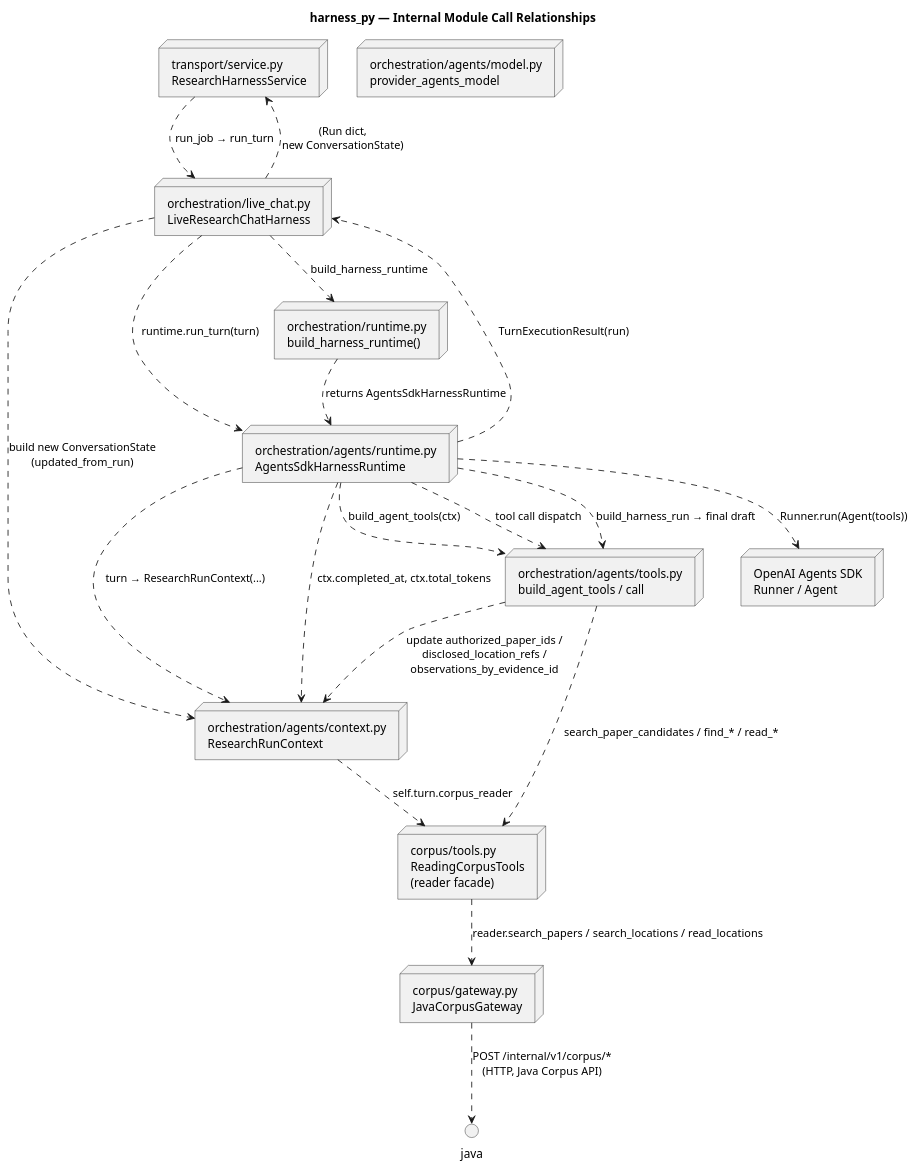
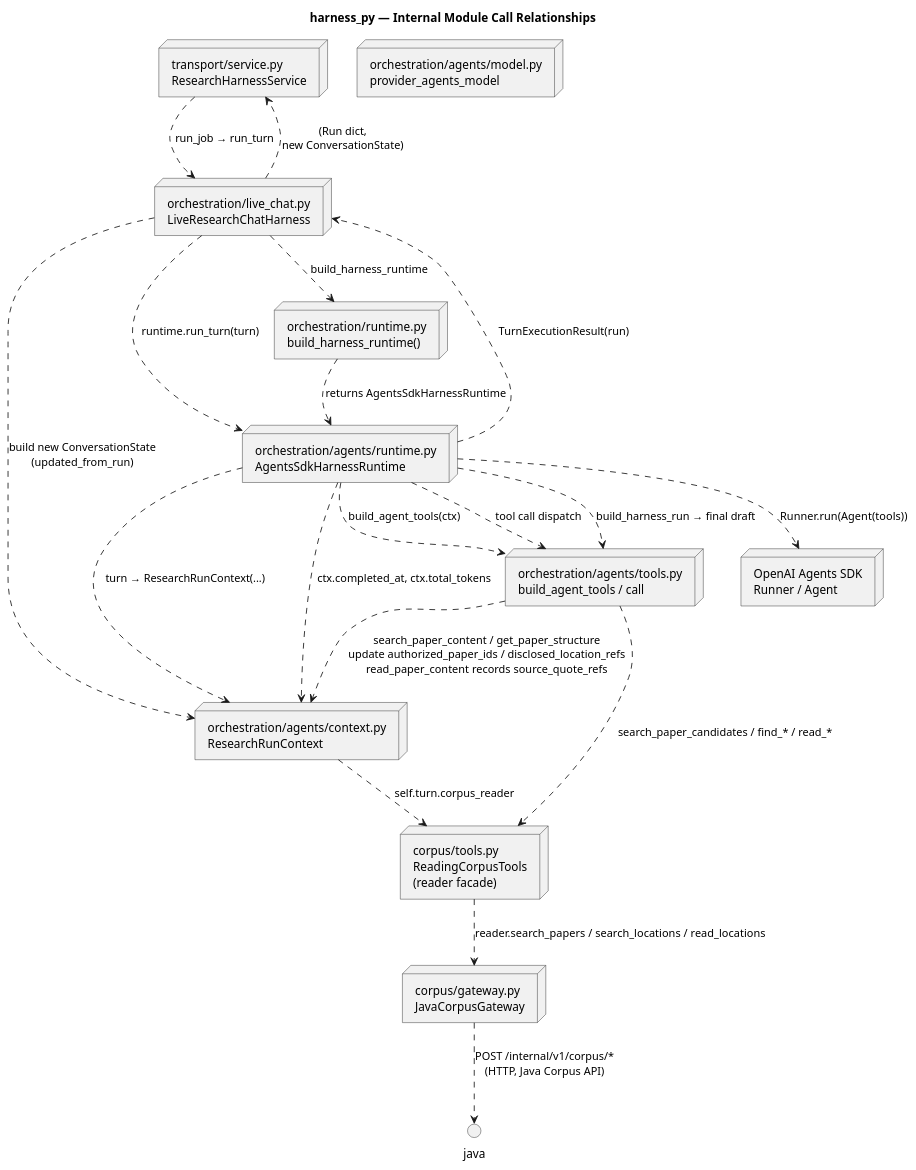
One commit to CHZarles/paperloom changed the diagram in harness_py/docs/harness-internal-relationships.puml. Above: the diagram before and after it, drawn with PlantUML. The commit also changed 57 other files, not shown here.

```diff
--- a/harness_py/docs/harness-internal-relationships.puml
+++ b/harness_py/docs/harness-internal-relationships.puml
@@ -1,38 +1,38 @@
 @startuml harness-internal-relationships
 
 title harness_py — Internal Module Call Relationships
 
 ' 每个方块是一个文件，箭头表示「调用方 -> 被调用方」的方法层调用。
 ' prod 一轮研究 = 实线。
 
 node "transport/service.py\nResearchHarnessService" as transport
 node "orchestration/live_chat.py\nLiveResearchChatHarness" as livechat
 node "orchestration/runtime.py\nbuild_harness_runtime()" as runtime
 node "orchestration/agents/runtime.py\nAgentsSdkHarnessRuntime" as agents_runtime
 node "orchestration/agents/context.py\nResearchRunContext" as ctx
 node "orchestration/agents/tools.py\nbuild_agent_tools / call" as tools
 node "orchestration/agents/model.py\nprovider_agents_model" as model
 node "corpus/gateway.py\nJavaCorpusGateway" as gateway
 node "corpus/tools.py\nReadingCorpusTools\n(reader facade)" as tools_facade
 node "OpenAI Agents SDK\nRunner / Agent" as sdk
 
 transport ..> livechat : run_job → run_turn
 livechat ..> runtime : build_harness_runtime
 runtime ..> agents_runtime : returns AgentsSdkHarnessRuntime
 livechat ..> agents_runtime : runtime.run_turn(turn)
 agents_runtime ..> ctx : turn → ResearchRunContext(...)
 ctx ..> tools_facade : self.turn.corpus_reader
 agents_runtime ..> tools : build_agent_tools(ctx)
 agents_runtime ..> sdk : Runner.run(Agent(tools))
 agents_runtime ..> tools : tool call dispatch
 tools ..> tools_facade : search_paper_candidates / find_* / read_*
 tools_facade ..> gateway : reader.search_papers / search_locations / read_locations
 gateway ..> java : POST /internal/v1/corpus/*\n(HTTP, Java Corpus API)
-tools ..> ctx : update authorized_paper_ids /\ndisclosed_location_refs /\nobservations_by_evidence_id
+tools ..> ctx : search_paper_content / get_paper_structure\nupdate authorized_paper_ids / disclosed_location_refs\nread_paper_content records source_quote_refs
 agents_runtime ..> tools : build_harness_run → final draft
 agents_runtime ..> ctx : ctx.completed_at, ctx.total_tokens
 agents_runtime ..> livechat : TurnExecutionResult(run)
 livechat ..> ctx : build new ConversationState\n(updated_from_run)
 livechat ..> transport : (Run dict,\nnew ConversationState)
 
 @enduml
```
